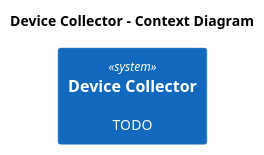
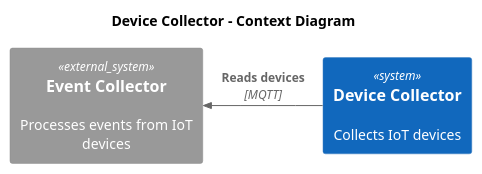
The diagram in device-collector/architecture/diagrams/context.puml (ds-usova/ourcode-iot-platform), drawn with PlantUML before and after one commit. The commit also changed 2 other files, not shown here.

Commit message:
Update context diagram

```diff
--- a/device-collector/architecture/diagrams/context.puml
+++ b/device-collector/architecture/diagrams/context.puml
@@ -1,13 +1,15 @@
 @startuml Context
 !includeurl https://raw.githubusercontent.com/plantuml-stdlib/C4-PlantUML/master/C4_Context.puml
 
 title Device Collector - Context Diagram
 
 ' Internal
-System(device_collector, "Device Collector", "TODO")
+System(device_collector, "Device Collector", "Collects IoT devices")
 
 ' External systems
+System_Ext(event_collector, "Event Collector", "Processes events from IoT devices")
 
 ' Relations
+Rel_L(device_collector, event_collector, "Reads devices", "MQTT")
 
 @enduml
```
